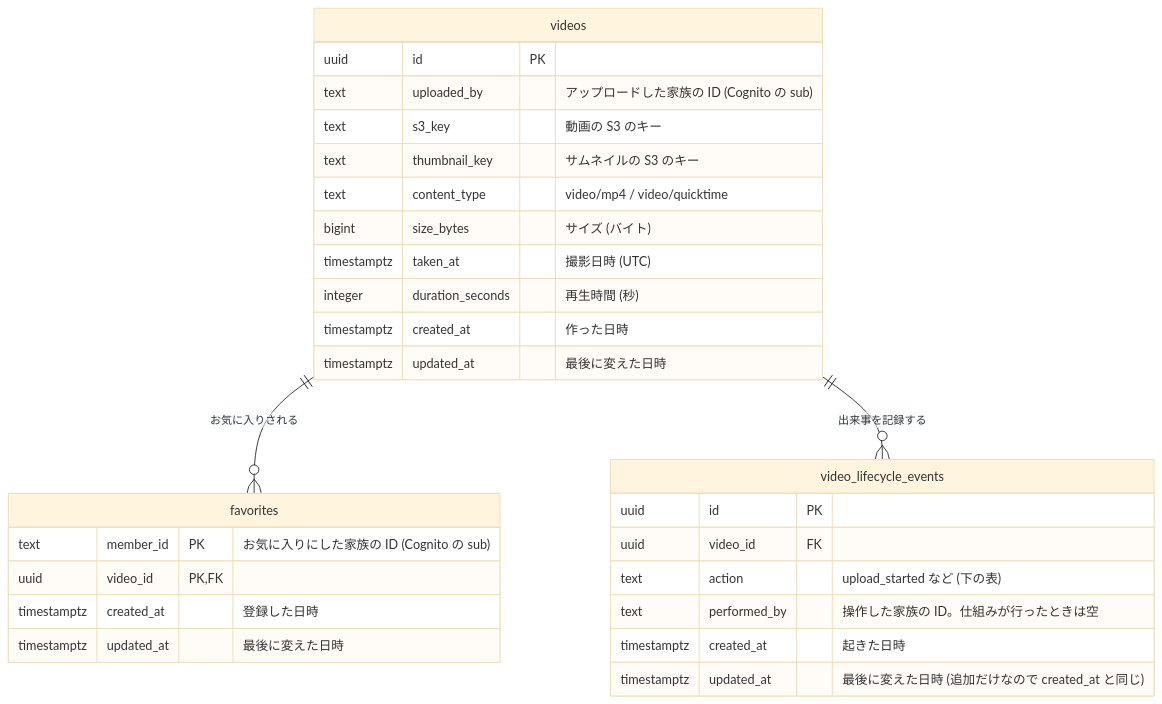
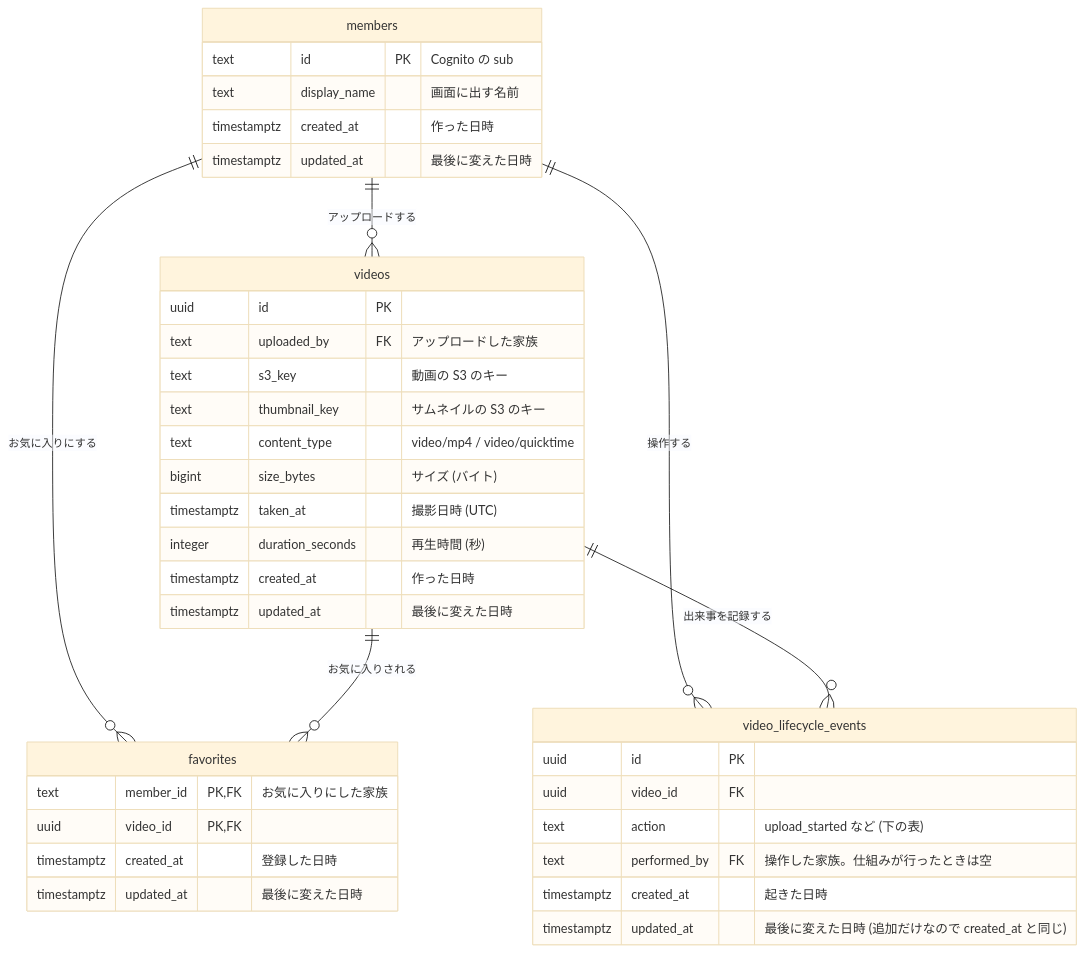
The first of 2 diagrams in docs/specs/data.md (Inouey1008/family-video), drawn with Mermaid (base theme) before and after one commit. The commit also changed other lines of this file, not shown here.

Commit message:
docs: 状態を最後のイベントから決め、家族の members テーブルを足す

````diff
--- a/docs/specs/data.md
+++ b/docs/specs/data.md
@@ -9,31 +9,40 @@
 ```mermaid
 erDiagram
+  members ||--o{ videos : "アップロードする"
+  members ||--o{ favorites : "お気に入りにする"
+  members ||--o{ video_lifecycle_events : "操作する"
   videos ||--o{ favorites : "お気に入りされる"
   videos ||--o{ video_lifecycle_events : "出来事を記録する"
+  members {
+    text id PK "Cognito の sub"
+    text display_name "画面に出す名前"
+    timestamptz created_at "作った日時"
+    timestamptz updated_at "最後に変えた日時"
+  }
   videos {
     uuid id PK
-    text uploaded_by "アップロードした家族の ID (Cognito の sub)"
+    text uploaded_by FK "アップロードした家族"
     text s3_key "動画の S3 のキー"
     text thumbnail_key "サムネイルの S3 のキー"
     text content_type "video/mp4 / video/quicktime"
     bigint size_bytes "サイズ (バイト)"
     timestamptz taken_at "撮影日時 (UTC)"
     integer duration_seconds "再生時間 (秒)"
     timestamptz created_at "作った日時"
     timestamptz updated_at "最後に変えた日時"
   }
   favorites {
-    text member_id PK "お気に入りにした家族の ID (Cognito の sub)"
+    text member_id PK, FK "お気に入りにした家族"
     uuid video_id PK, FK
     timestamptz created_at "登録した日時"
     timestamptz updated_at "最後に変えた日時"
   }
   video_lifecycle_events {
     uuid id PK
     uuid video_id FK
     text action "upload_started など (下の表)"
-    text performed_by "操作した家族の ID。仕組みが行ったときは空"
+    text performed_by FK "操作した家族。仕組みが行ったときは空"
     timestamptz created_at "起きた日時"
     timestamptz updated_at "最後に変えた日時 (追加だけなので created_at と同じ)"
   }
 ```
````
